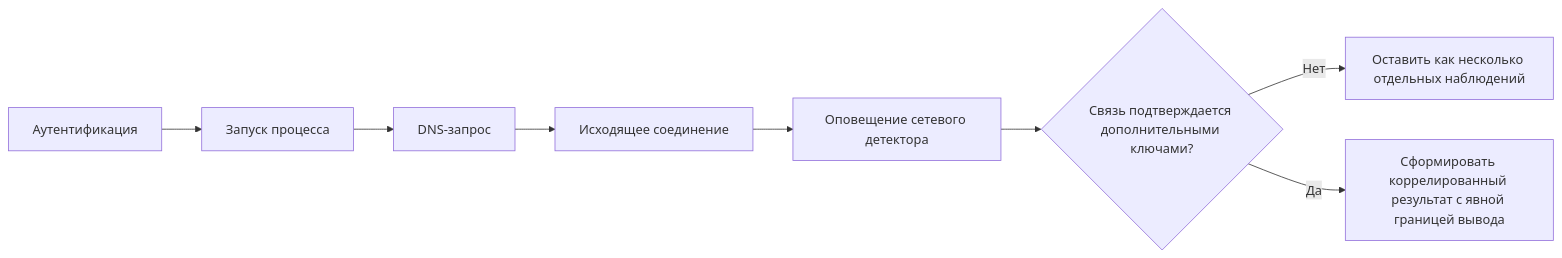
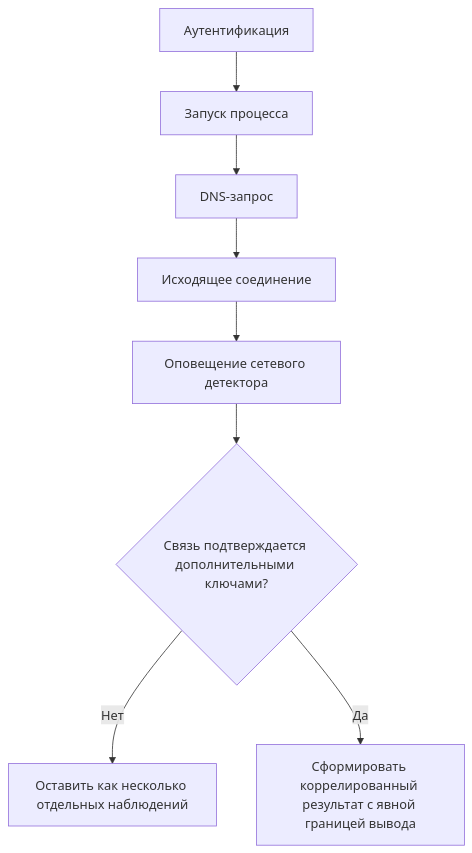
The diagram in docs/course/11-multi-source-correlation.md (11ndra/spvo), drawn with Mermaid before and after one commit. The commit also changed 11 other files, not shown here.

````diff
--- a/docs/course/11-multi-source-correlation.md
+++ b/docs/course/11-multi-source-correlation.md
@@ -242,10 +242,15 @@
 ```mermaid
-flowchart LR
+flowchart TB
     A["Аутентификация"] --> B["Запуск процесса"]
     B --> C["DNS-запрос"]
     C --> D["Исходящее соединение"]
     D --> E["Оповещение сетевого детектора"]
     E --> F{"Связь подтверждается дополнительными ключами?"}
     F -- Нет --> G["Оставить как несколько отдельных наблюдений"]
     F -- Да --> H["Сформировать коррелированный результат с явной границей вывода"]
+    class A,B,C,D mm-source
+    class E mm-result
+    class F mm-observation
+    class G mm-interpretation
+    class H mm-analysis
 ```
````
